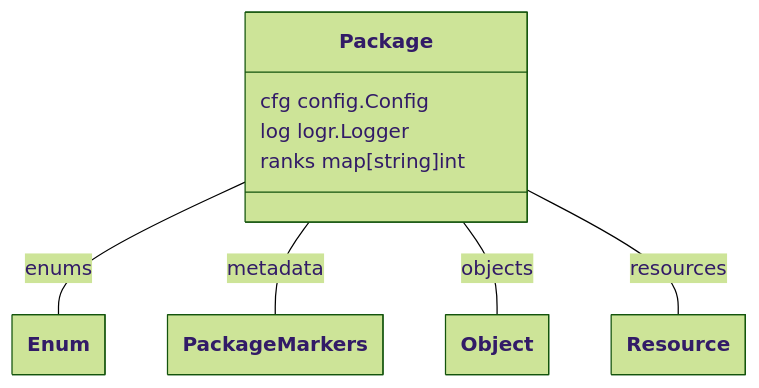
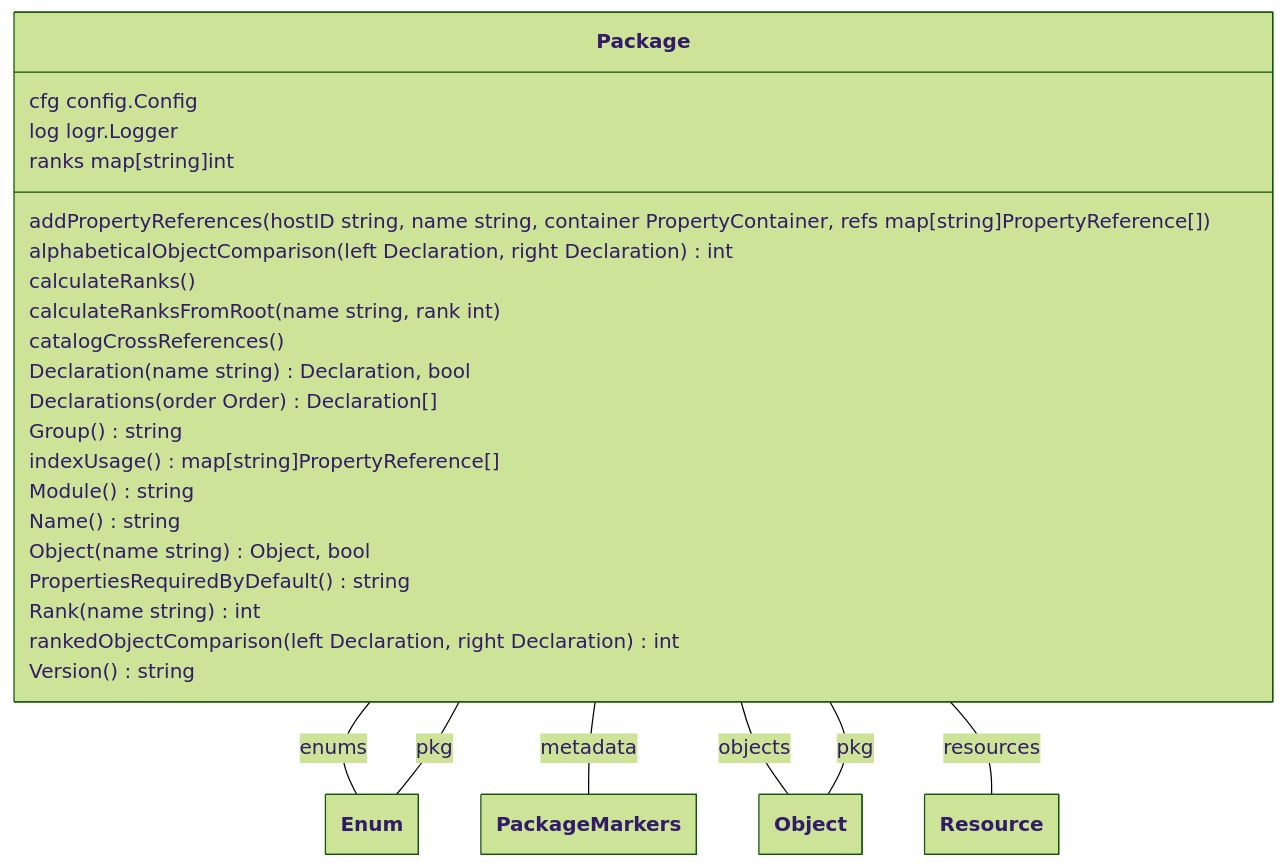
The eighth of 17 diagrams in docs/model/model.md (theunrepentantgeek/crddoc), drawn with Mermaid (forest theme) before and after one commit. The commit also changed other lines of this file and 8 other files, not shown here.

````diff
--- a/docs/model/model.md
+++ b/docs/model/model.md
@@ -287,28 +430,48 @@
 ```mermaid
 ---
   config:
     class:
       hideEmptyMembersBox: true
 ---
 classDiagram
 
 class Package["Package"]{  
       cfg config.Config  
       log logr.Logger  
-      ranks map[string]int
+      ranks map[string]int  
+      addPropertyReferences(hostID string, name string, container PropertyContainer, refs map[string]PropertyReference[])  
+      alphabeticalObjectComparison(left Declaration, right Declaration)int  
+      calculateRanks()  
+      calculateRanksFromRoot(name string, rank int)  
+      catalogCrossReferences()  
+      Declaration(name string)Declaration, bool  
+      Declarations(order Order)Declaration[]  
+      Group()string  
+      indexUsage()map[string]PropertyReference[]  
+      Module()string  
+      Name()string  
+      Object(name string)Object, bool  
+      PropertiesRequiredByDefault()string  
+      Rank(name string)int  
+      rankedObjectComparison(left Declaration, right Declaration)int  
+      Version()string
 
 
 } 
 
+Enum -- Package : pkg 
+Object -- Package : pkg 
 
 Package -- Enum : enums 
 Package -- PackageMarkers : metadata 
 Package -- Object : objects 
 Package -- Resource : resources 
 
 class Enum["Enum"]
+class Object["Object"]
+class Enum["Enum"]
 class PackageMarkers["PackageMarkers"]
 class Object["Object"]
 class Resource["Resource"]
 
 ```
````
